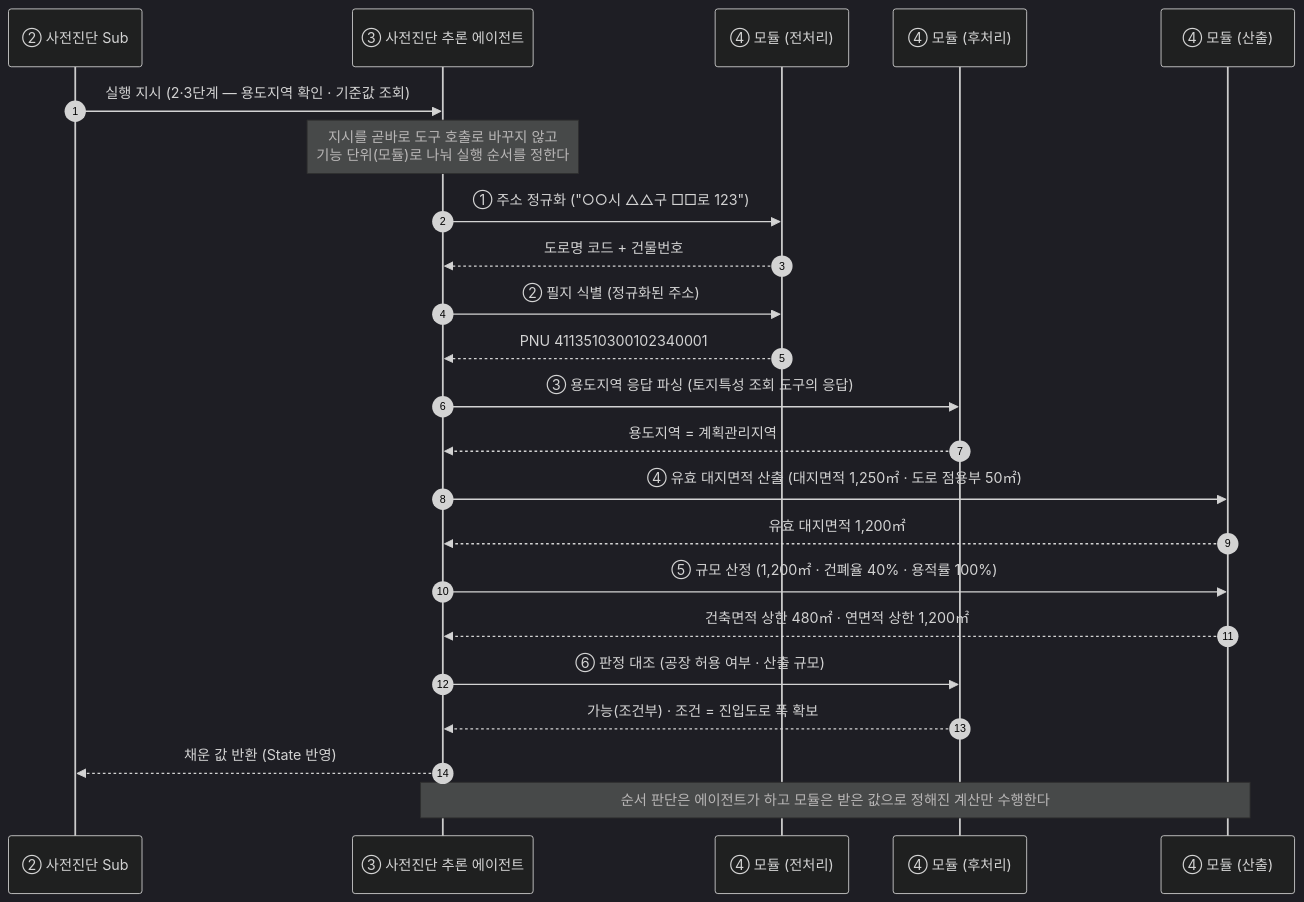
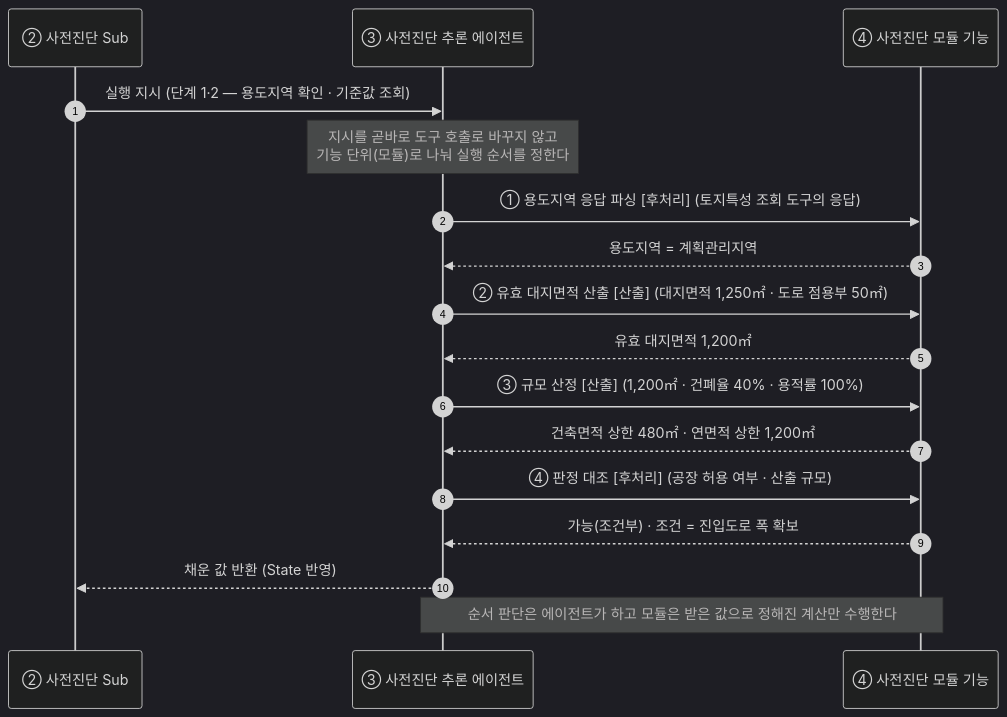
Before and after one commit to madlrengg100/permit-copilot: the tenth of 11 diagrams in docs/MCP-AGENT-SEQUENCE1.md, drawn with Mermaid (dark theme). The commit also changed other lines of this file, not shown here.

First line of the commit message:
docs(MCP-AGENT-SEQUENCE1): §5.2 실행 주체·모듈·도구 이름을 명시

````diff
--- a/docs/MCP-AGENT-SEQUENCE1.md
+++ b/docs/MCP-AGENT-SEQUENCE1.md
@@ -567,33 +567,25 @@
 ```mermaid
 sequenceDiagram
     autonumber
     participant SO as ② 사전진단 Sub
     participant AG as ③ 사전진단 추론 에이전트
-    participant MP as ④ 모듈 (전처리)
-    participant MQ as ④ 모듈 (후처리)
-    participant MC as ④ 모듈 (산출)
+    participant MO as ④ 사전진단 모듈 기능
 
-    SO->>AG: 실행 지시 (2·3단계 — 용도지역 확인 · 기준값 조회)
+    SO->>AG: 실행 지시 (단계 1·2 — 용도지역 확인 · 기준값 조회)
     Note over AG: 지시를 곧바로 도구 호출로 바꾸지 않고<br/>기능 단위(모듈)로 나눠 실행 순서를 정한다
 
-    AG->>MP: ① 주소 정규화 ("○○시 △△구 □□로 123")
-    MP-->>AG: 도로명 코드 + 건물번호
+    AG->>MO: ① 용도지역 응답 파싱 [후처리] (토지특성 조회 도구의 응답)
+    MO-->>AG: 용도지역 = 계획관리지역
 
-    AG->>MP: ② 필지 식별 (정규화된 주소)
-    MP-->>AG: PNU 4113510300102340001
+    AG->>MO: ② 유효 대지면적 산출 [산출] (대지면적 1,250㎡ · 도로 점용부 50㎡)
+    MO-->>AG: 유효 대지면적 1,200㎡
 
-    AG->>MQ: ③ 용도지역 응답 파싱 (토지특성 조회 도구의 응답)
-    MQ-->>AG: 용도지역 = 계획관리지역
+    AG->>MO: ③ 규모 산정 [산출] (1,200㎡ · 건폐율 40% · 용적률 100%)
+    MO-->>AG: 건축면적 상한 480㎡ · 연면적 상한 1,200㎡
 
-    AG->>MC: ④ 유효 대지면적 산출 (대지면적 1,250㎡ · 도로 점용부 50㎡)
-    MC-->>AG: 유효 대지면적 1,200㎡
-
-    AG->>MC: ⑤ 규모 산정 (1,200㎡ · 건폐율 40% · 용적률 100%)
-    MC-->>AG: 건축면적 상한 480㎡ · 연면적 상한 1,200㎡
-
-    AG->>MQ: ⑥ 판정 대조 (공장 허용 여부 · 산출 규모)
-    MQ-->>AG: 가능(조건부) · 조건 = 진입도로 폭 확보
+    AG->>MO: ④ 판정 대조 [후처리] (공장 허용 여부 · 산출 규모)
+    MO-->>AG: 가능(조건부) · 조건 = 진입도로 폭 확보
 
     AG-->>SO: 채운 값 반환 (State 반영)
-    Note over AG,MC: 순서 판단은 에이전트가 하고 모듈은 받은 값으로 정해진 계산만 수행한다
+    Note over AG,MO: 순서 판단은 에이전트가 하고 모듈은 받은 값으로 정해진 계산만 수행한다
 ```
````
